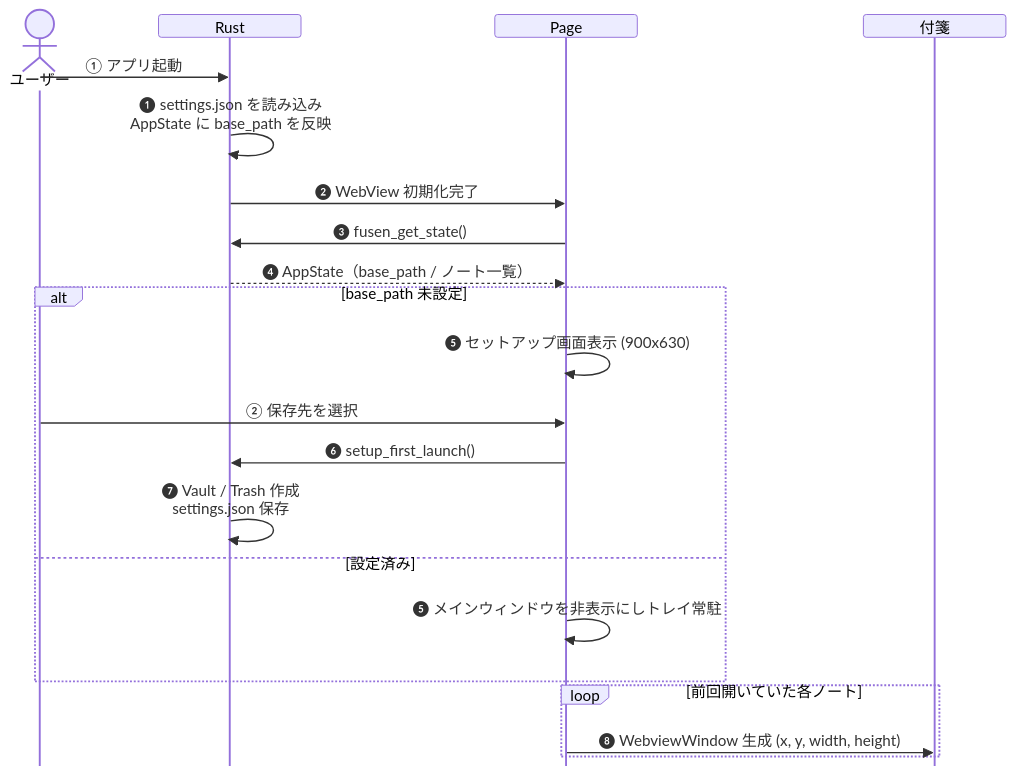
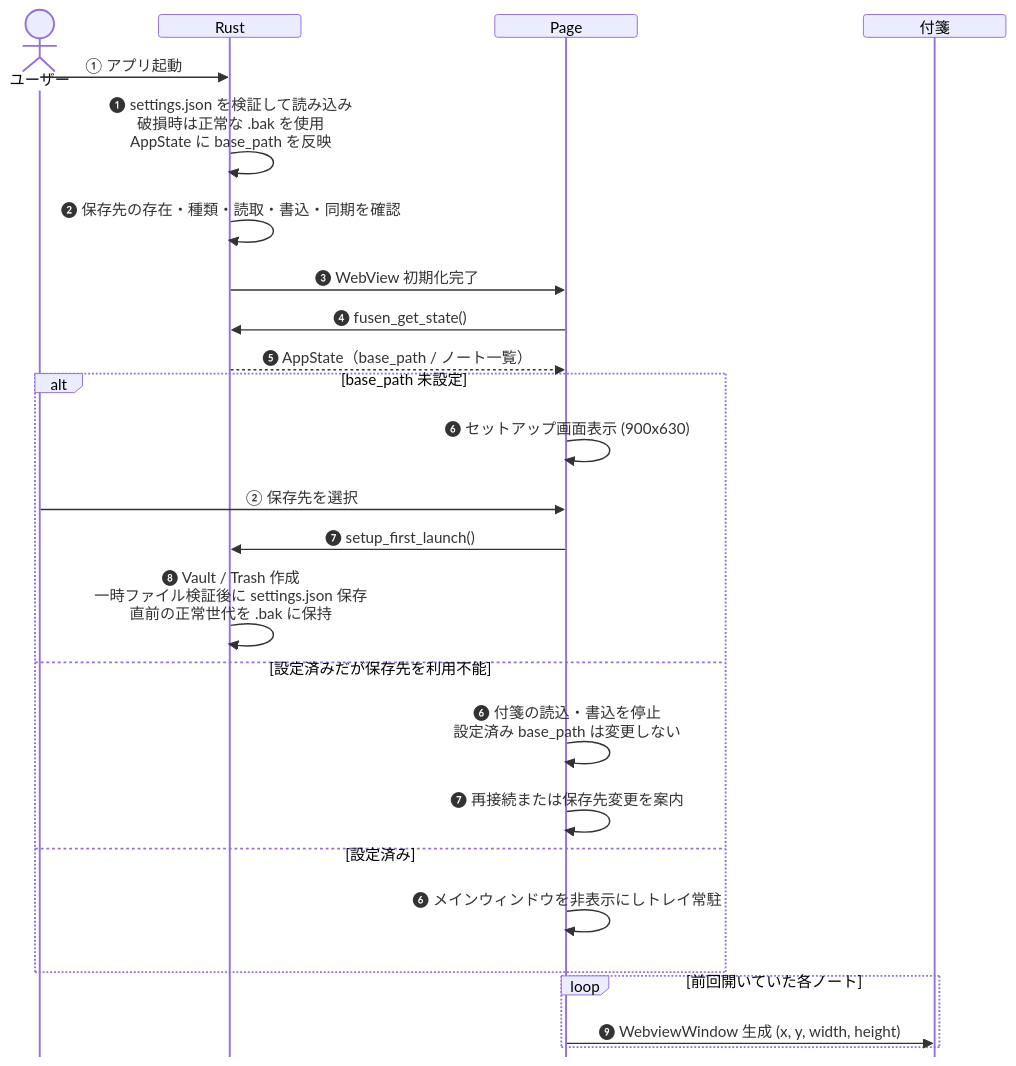
One commit to ore-no-fusen/ore-no-fusen changed the fifth of 15 diagrams in docs-v2/002_PC.md. Above: the diagram before and after it, drawn with Mermaid. The commit also changed other lines of this file and 1 other file, not shown here.

````diff
--- a/docs-v2/002_PC.md
+++ b/docs-v2/002_PC.md
@@ -432,27 +434,31 @@
 ```mermaid
 %%{init: {'sequence': {'messageMargin': 8, 'mirrorActors': false, 'height': 24, 'boxMargin': 4, 'noteMargin': 6}}}%%
 sequenceDiagram
     actor U as ユーザー
     participant R as Rust
     participant P as Page
     participant W as 付箋
 
     U->>R: ① アプリ起動
-    R->>R: ❶ settings.json を読み込み<br>AppState に base_path を反映
-    R->>P: ❷ WebView 初期化完了
-    P->>R: ❸ fusen_get_state()
-    R-->>P: ❹ AppState（base_path / ノート一覧）
+    R->>R: ❶ settings.json を検証して読み込み<br>破損時は正常な .bak を使用<br>AppState に base_path を反映
+    R->>R: ❷ 保存先の存在・種類・読取・書込・同期を確認
+    R->>P: ❸ WebView 初期化完了
+    P->>R: ❹ fusen_get_state()
+    R-->>P: ❺ AppState（base_path / ノート一覧）
 
     alt base_path 未設定
-        P->>P: ❺ セットアップ画面表示 (900x630)
+        P->>P: ❻ セットアップ画面表示 (900x630)
         U->>P: ② 保存先を選択
-        P->>R: ❻ setup_first_launch()
-        R->>R: ❼ Vault / Trash 作成<br>settings.json 保存
+        P->>R: ❼ setup_first_launch()
+        R->>R: ❽ Vault / Trash 作成<br>一時ファイル検証後に settings.json 保存<br>直前の正常世代を .bak に保持
+    else 設定済みだが保存先を利用不能
+        P->>P: ❻ 付箋の読込・書込を停止<br>設定済み base_path は変更しない
+        P->>P: ❼ 再接続または保存先変更を案内
     else 設定済み
-        P->>P: ❺ メインウィンドウを非表示にしトレイ常駐
+        P->>P: ❻ メインウィンドウを非表示にしトレイ常駐
     end
 
     loop 前回開いていた各ノート
-        P->>W: ❽ WebviewWindow 生成 (x, y, width, height)
+        P->>W: ❾ WebviewWindow 生成 (x, y, width, height)
     end
 ```
````
